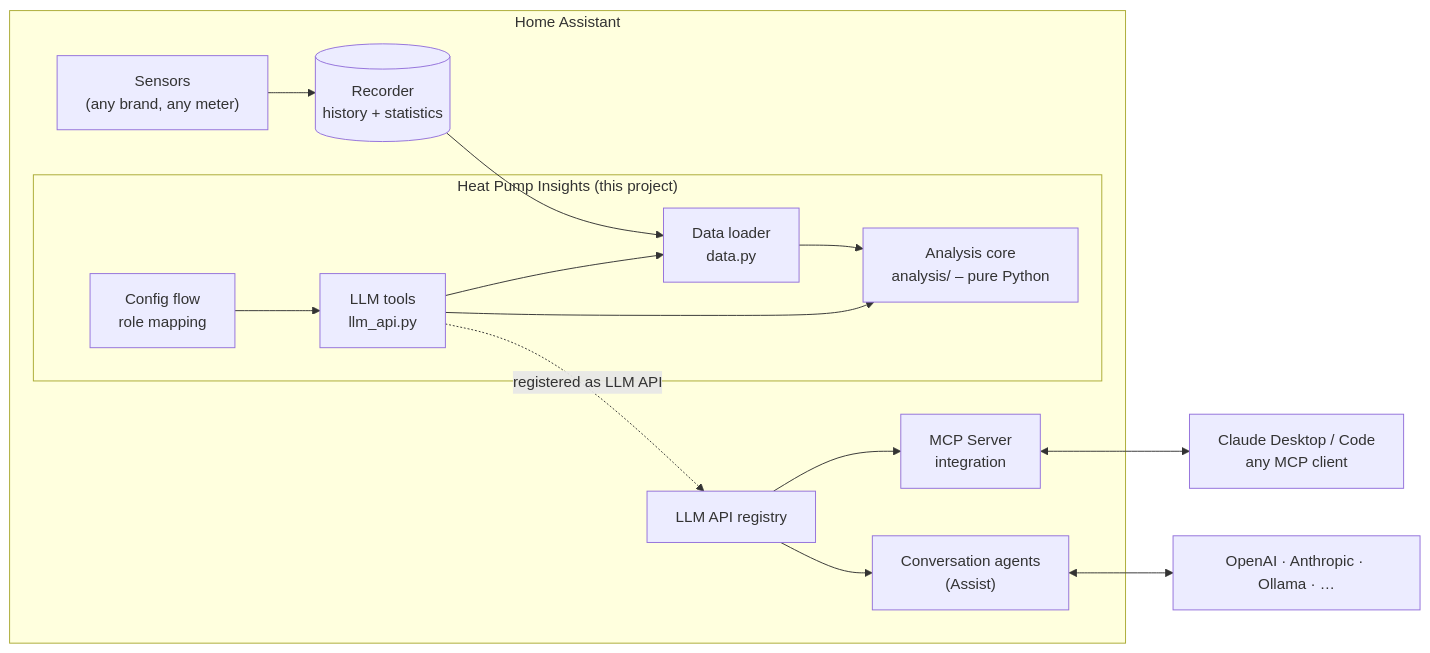
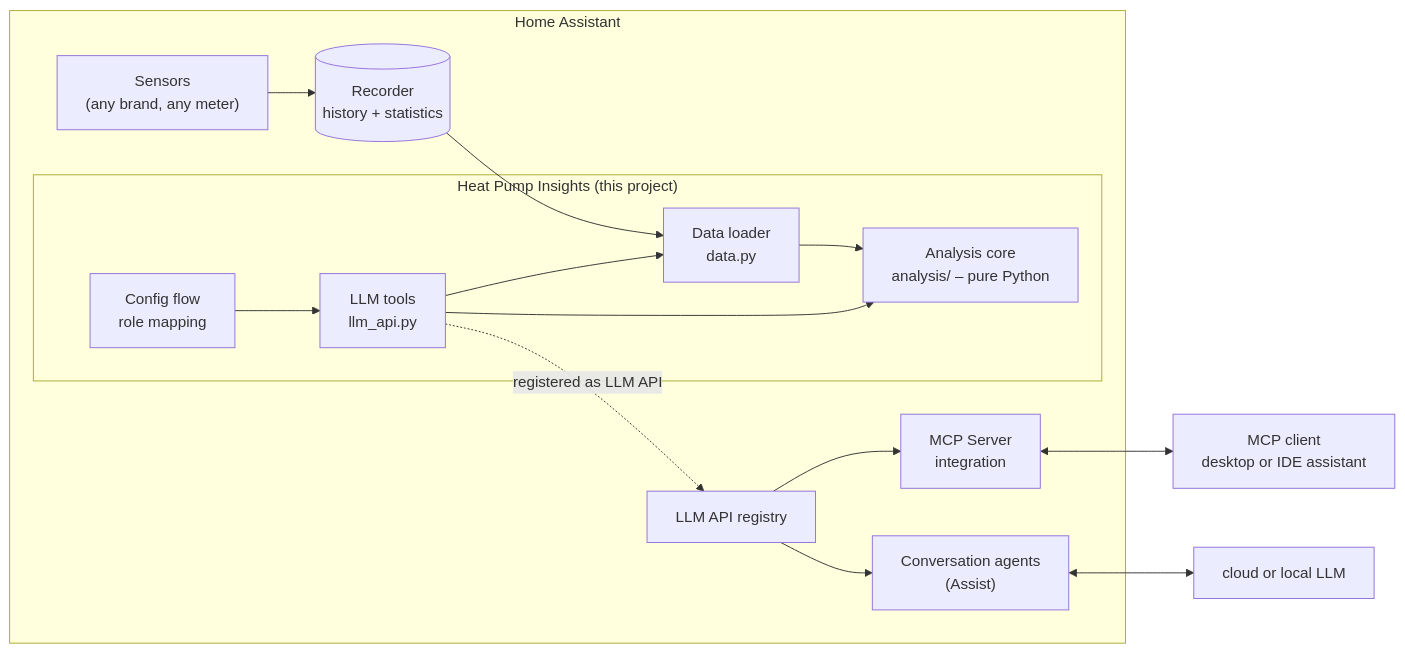
The first of 2 diagrams in docs/architecture.md (sommer-nt/heatpump-insights), drawn with Mermaid before and after one commit. The commit also changed 3 other files, not shown here.

````diff
--- a/docs/architecture.md
+++ b/docs/architecture.md
@@ -5,18 +5,18 @@
 ```mermaid
 flowchart LR
     subgraph HA["Home Assistant"]
         S["Sensors<br/>(any brand, any meter)"] --> R[("Recorder<br/>history + statistics")]
         subgraph HPI["Heat Pump Insights (this project)"]
             CF["Config flow<br/>role mapping"] --> T["LLM tools<br/>llm_api.py"]
             T --> D["Data loader<br/>data.py"]
             T --> A["Analysis core<br/>analysis/ – pure Python"]
             D --> A
         end
         R --> D
         T -. registered as LLM API .-> L["LLM API registry"]
         L --> MCP["MCP Server<br/>integration"]
         L --> CA["Conversation agents<br/>(Assist)"]
     end
-    MCP <--> C["Claude Desktop / Code<br/>any MCP client"]
-    CA <--> M["OpenAI · Anthropic · Ollama · …"]
+    MCP <--> C["MCP client<br/>desktop or IDE assistant"]
+    CA <--> M["cloud or local LLM"]
 ```
````
